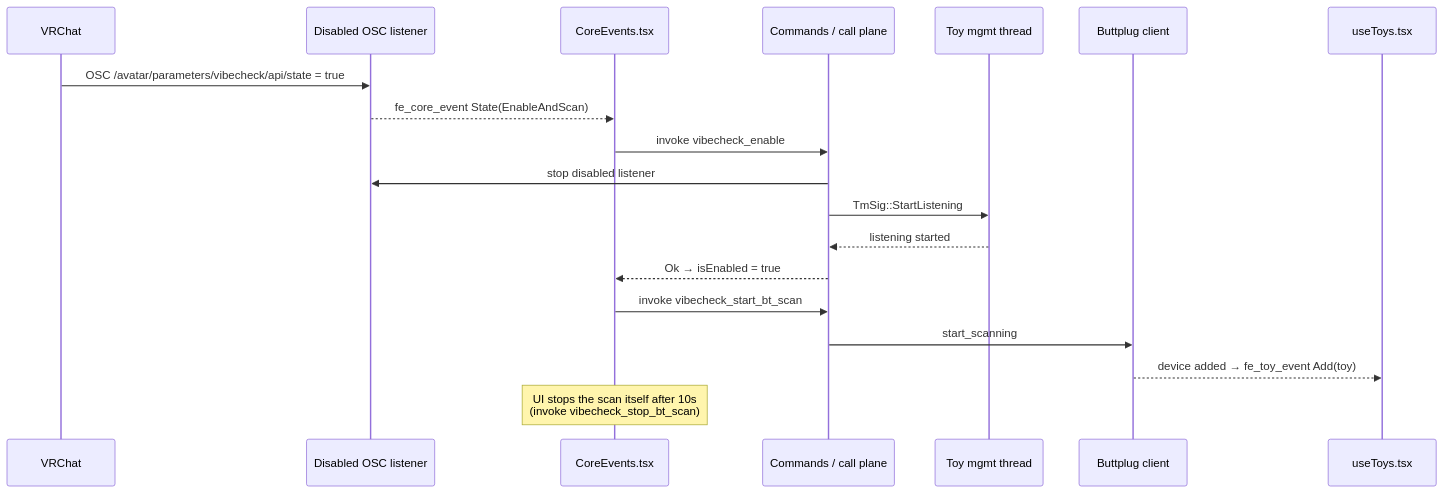
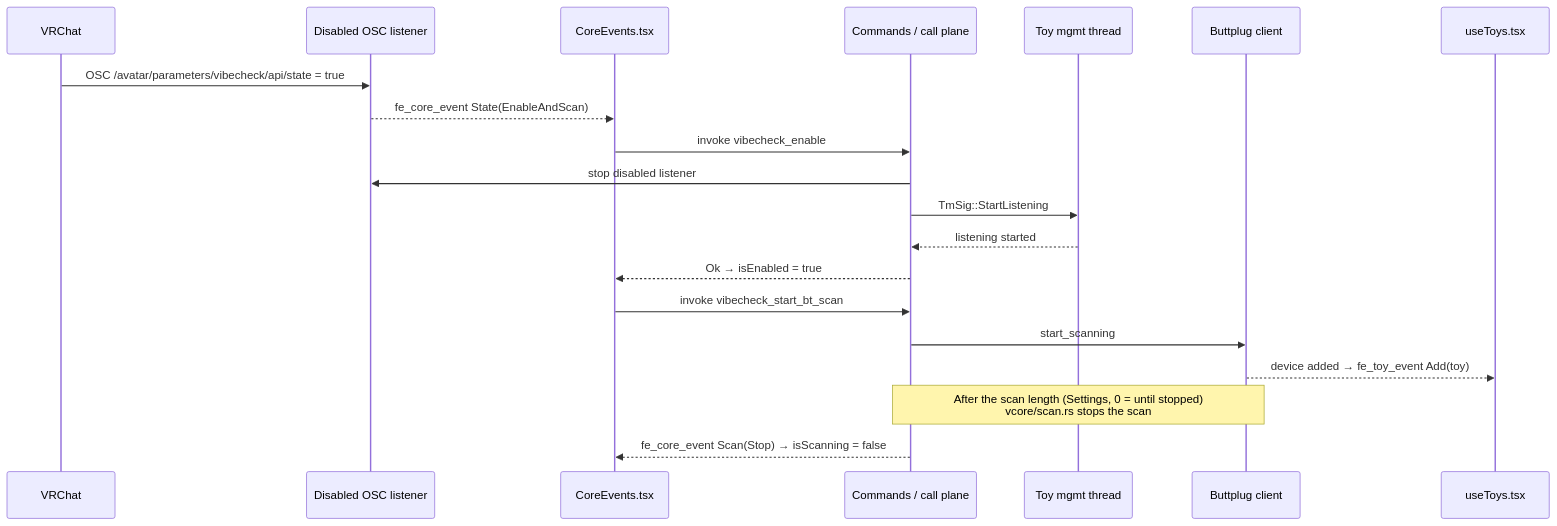
One commit to SutekhVRC/VibeCheck changed the diagram in docs/ipc/enable-round-trip.md. Above: the diagram before and after it, drawn with Mermaid. The commit also changed 9 other files, not shown here.

````diff
--- a/docs/ipc/enable-round-trip.md
+++ b/docs/ipc/enable-round-trip.md
@@ -7,22 +7,23 @@
 ```mermaid
 sequenceDiagram
   participant VRC as VRChat
   participant DL as Disabled OSC listener
   participant CE as CoreEvents.tsx
   participant CP as Commands / call plane
   participant TM as Toy mgmt thread
   participant BP as Buttplug client
   participant UT as useToys.tsx
 
   VRC->>DL: OSC /avatar/parameters/vibecheck/api/state = true
   DL-->>CE: fe_core_event State(EnableAndScan)
   CE->>CP: invoke vibecheck_enable
   CP->>DL: stop disabled listener
   CP->>TM: TmSig::StartListening
   TM-->>CP: listening started
   CP-->>CE: Ok → isEnabled = true
   CE->>CP: invoke vibecheck_start_bt_scan
   CP->>BP: start_scanning
   BP-->>UT: device added → fe_toy_event Add(toy)
-  Note over CE: UI stops the scan itself after 10s<br/>(invoke vibecheck_stop_bt_scan)
+  Note over CP,BP: After the scan length (Settings, 0 = until stopped)<br/>vcore/scan.rs stops the scan
+  CP-->>CE: fe_core_event Scan(Stop) → isScanning = false
 ```
````
